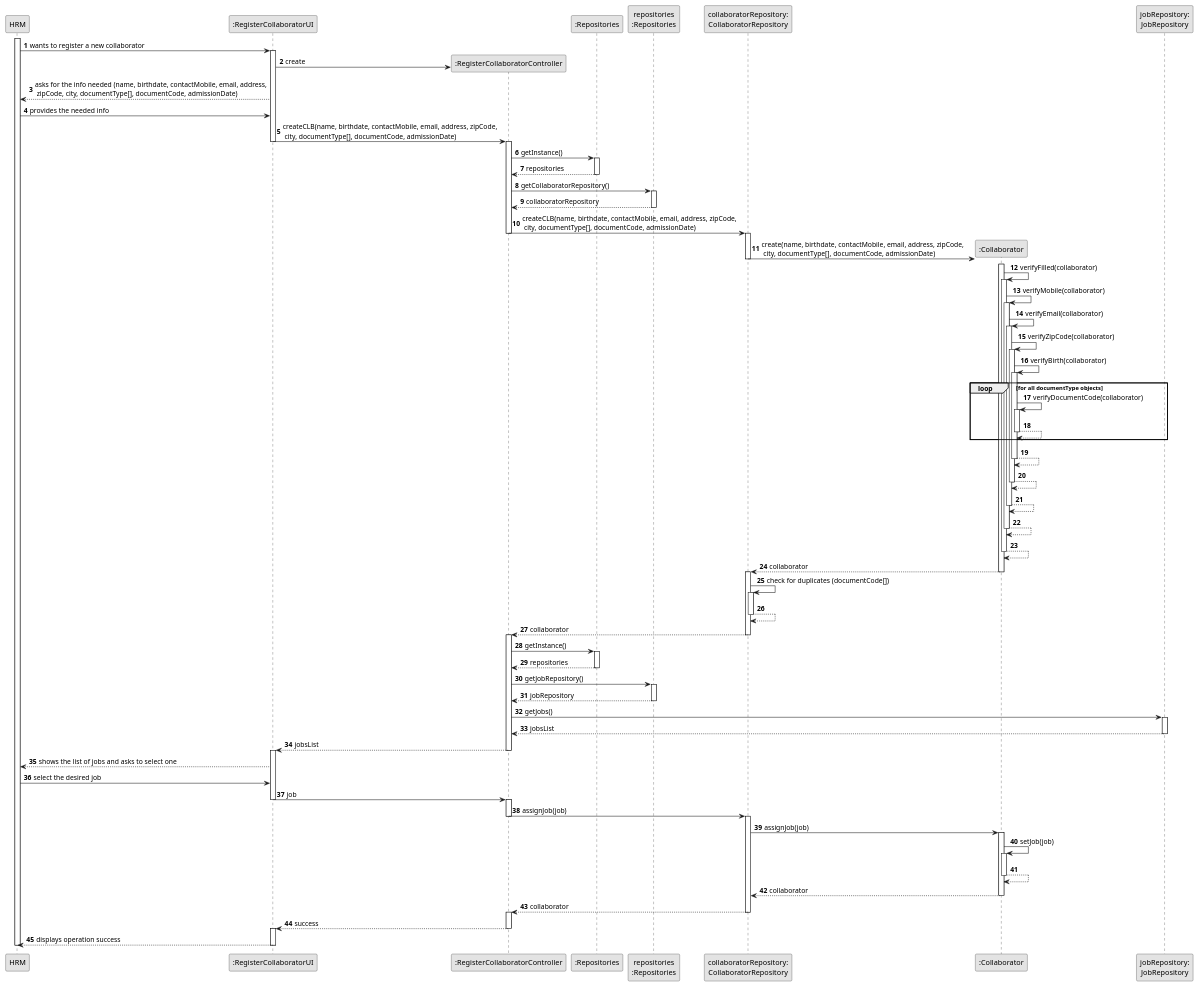
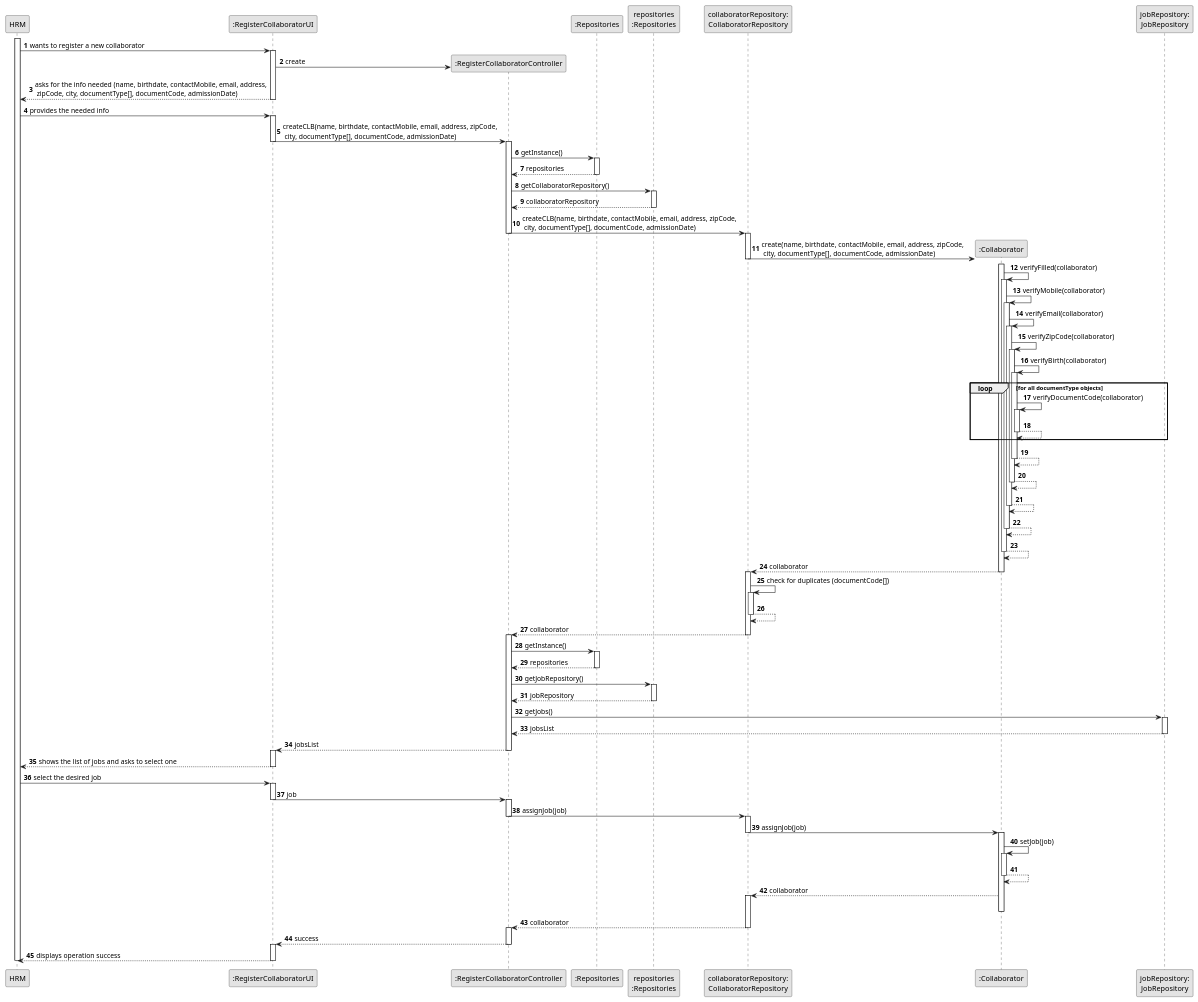
The diagram in docs/sprintB/us003/03.design/puml/us003-sequence-diagram-full.puml (ricardomm7/leaflink), drawn with PlantUML before and after one commit. The commit also changed 12 other files, not shown here.

```diff
--- a/docs/sprintB/us003/03.design/puml/us003-sequence-diagram-full.puml
+++ b/docs/sprintB/us003/03.design/puml/us003-sequence-diagram-full.puml
@@ -1,130 +1,148 @@
 @startuml
 skinparam monochrome true
 skinparam packageStyle rectangle
 skinparam shadowing false
 
 autonumber
 
 participant "HRM" as HRM
 participant ":RegisterCollaboratorUI" as UI
 participant ":RegisterCollaboratorController" as CTRL
 participant ":Repositories" as GlobRepo
 participant "repositories\n:Repositories" as PLAT
 participant "collaboratorRepository:\nCollaboratorRepository" as CLBREP
 participant ":Collaborator" as CLB
 participant "jobRepository:\nJobRepository" as jobRepository
 
 
 activate HRM
+
 HRM -> UI : wants to register a new collaborator
 activate UI
+
 UI -> CTRL** : create
+
 UI --> HRM : asks for the info needed (name, birthdate, contactMobile, email, address,\n zipCode, city, documentType[], documentCode, admissionDate)
+deactivate UI
+
 HRM -> UI : provides the needed info
+activate UI
+
 'UI --> HRM : shows a verification dialog
 'HRM -> UI : confirms collaborator creation
 UI -> CTRL : createCLB(name, birthdate, contactMobile, email, address, zipCode,\n city, documentType[], documentCode, admissionDate)
 deactivate UI
 activate CTRL
 CTRL -> GlobRepo : getInstance()
 activate GlobRepo
 GlobRepo --> CTRL : repositories
 deactivate GlobRepo
 CTRL -> PLAT : getCollaboratorRepository()
 activate PLAT
 PLAT -->  CTRL: collaboratorRepository
 deactivate PLAT
 
 CTRL -> CLBREP : createCLB(name, birthdate, contactMobile, email, address, zipCode,\n city, documentType[], documentCode, admissionDate)
 deactivate CTRL
 activate CLBREP
 CLBREP->CLB** : create(name, birthdate, contactMobile, email, address, zipCode,\n city, documentType[], documentCode, admissionDate)
 deactivate CLBREP
 activate CLB
 CLB -> CLB : verifyFilled(collaborator)
 activate CLB
 CLB -> CLB : verifyMobile(collaborator)
 activate CLB
 CLB -> CLB : verifyEmail(collaborator)
 activate CLB
 CLB -> CLB : verifyZipCode(collaborator)
 activate CLB
 CLB -> CLB : verifyBirth(collaborator)
 activate CLB
 
 loop for all documentType objects
 CLB -> CLB : verifyDocumentCode(collaborator)
 activate CLB
 CLB --> CLB
 deactivate CLB
 end loop
 
 CLB --> CLB
 deactivate CLB
 CLB --> CLB
 deactivate CLB
 CLB --> CLB
 deactivate CLB
 CLB --> CLB
 deactivate CLB
 CLB --> CLB
 deactivate CLB
 
 CLB -->CLBREP : collaborator
 deactivate CLB
 activate CLBREP
 
 CLBREP -> CLBREP : check for duplicates (documentCode[])
 activate CLBREP
 CLBREP --> CLBREP
 deactivate CLBREP
 CLBREP --> CTRL : collaborator
 deactivate CLBREP
 
 activate CTRL
 CTRL -> GlobRepo : getInstance()
 activate GlobRepo
 GlobRepo --> CTRL : repositories
 deactivate GlobRepo
 CTRL -> PLAT : getJobRepository()
 activate PLAT
 PLAT -->  CTRL: jobRepository
 deactivate PLAT
 CTRL -> jobRepository : getJobs()
 activate jobRepository
 jobRepository --> CTRL : jobsList
 deactivate jobRepository
 CTRL -->UI : jobsList
 deactivate CTRL
 activate UI
+
 UI --> HRM : shows the list of jobs and asks to select one
+deactivate UI
+
 HRM -> UI : select the desired job
+activate UI
+
 UI -> CTRL : job
 deactivate UI
 activate CTRL
 
 
 CTRL ->CLBREP : assignJob(job)
 deactivate CTRL
 activate CLBREP
 
 CLBREP -> CLB : assignJob(job)
+deactivate CLBREP
 activate CLB
+
 CLB -> CLB : setJob(job)
 activate CLB
+
 CLB --> CLB
 deactivate CLB
+
 CLB --> CLBREP : collaborator
+activate CLBREP
 deactivate CLB
+
 CLBREP --> CTRL : collaborator
 deactivate CLBREP
 activate CTRL
 
 
 CTRL --> UI : success
 deactivate CTRL
 activate UI
 UI --> HRM : displays operation success
 deactivate UI
 deactivate HRM
 @enduml
```
